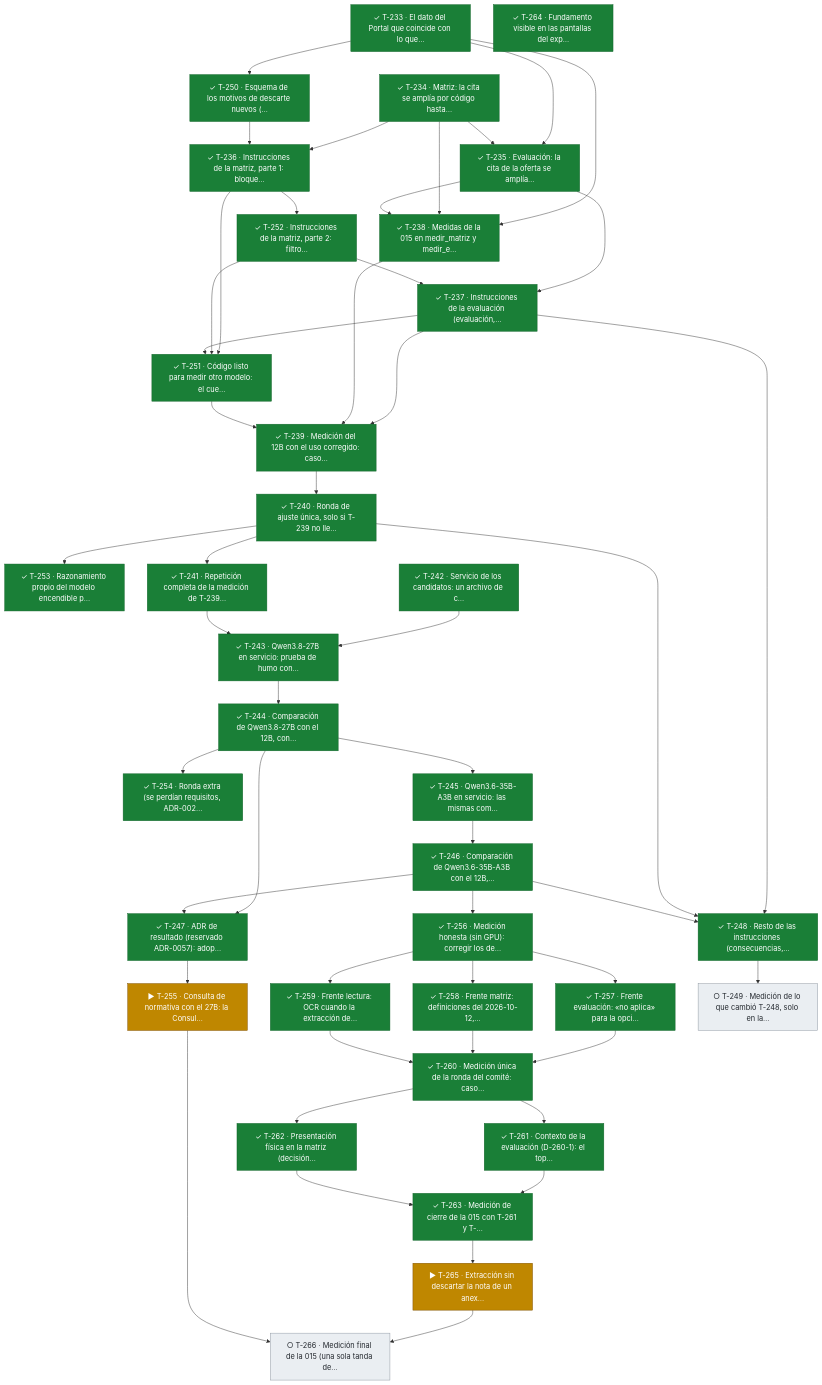
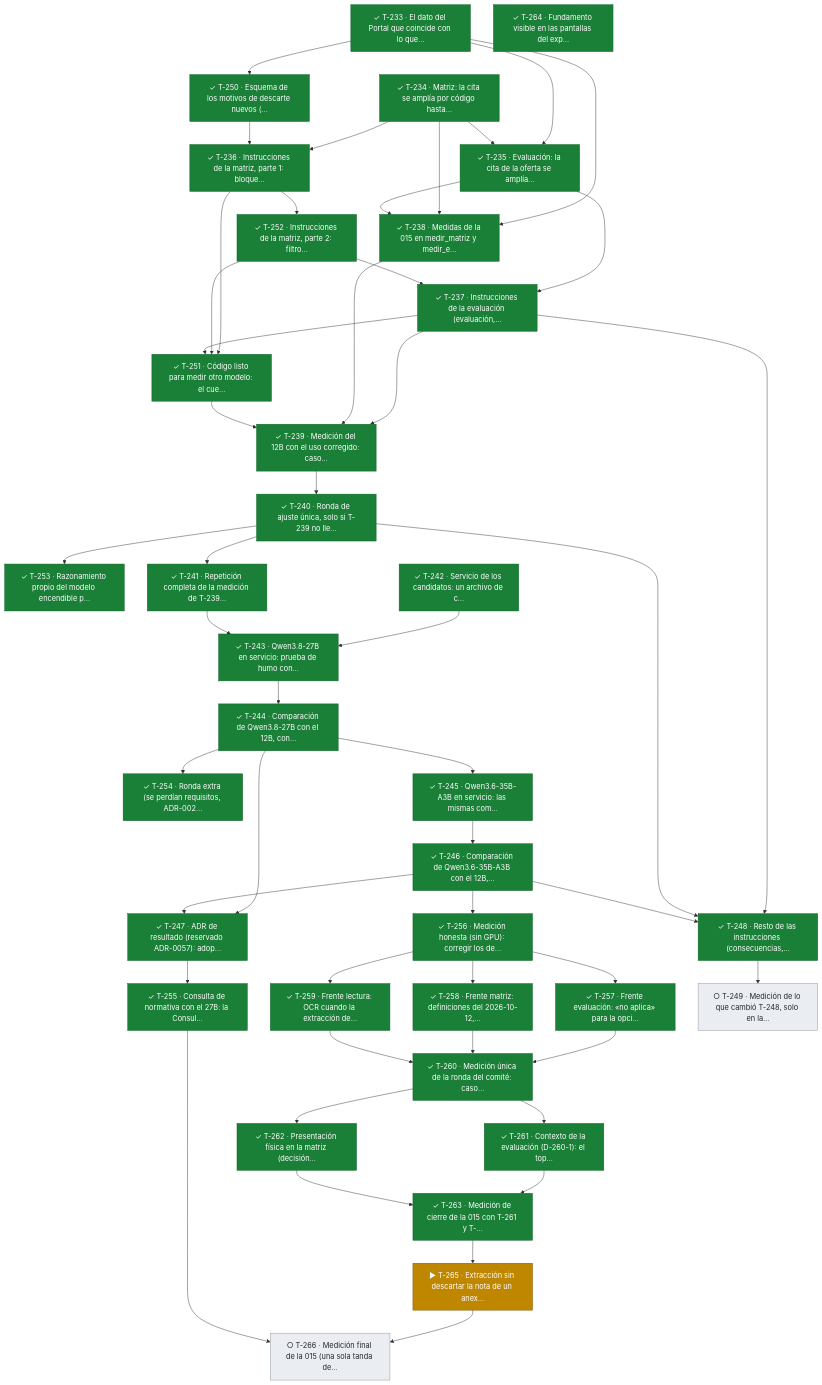
Before and after one commit to snavello/EVALUON: diagram 17 of 17 in docs/tablero.md, drawn with Mermaid. The commit also changed other lines of this file and 1 other file, not shown here.

Commit message:
gestión: integra T-255 (la Consulta en el motor del 27B), verificada; las evals de la 001 las mide T-266 y el cambio en 8000 espera ese resultado (P7, P11)

```diff
--- a/docs/tablero.md
+++ b/docs/tablero.md
@@ -1346,7 +1346,7 @@
   T252["✓ T-252 · Instrucciones de la matriz, parte 2: filtro…"]:::done
   T253["✓ T-253 · Razonamiento propio del modelo encendible p…"]:::done
   T254["✓ T-254 · Ronda extra (se perdían requisitos, ADR-002…"]:::done
-  T255["▶ T-255 · Consulta de normativa con el 27B: la Consul…"]:::active
+  T255["✓ T-255 · Consulta de normativa con el 27B: la Consul…"]:::done
   T256["✓ T-256 · Medición honesta (sin GPU): corregir los de…"]:::done
   T257["✓ T-257 · Frente evaluación: «no aplica» para la opci…"]:::done
   T258["✓ T-258 · Frente matriz: definiciones del 2026-10-12,…"]:::done
```
